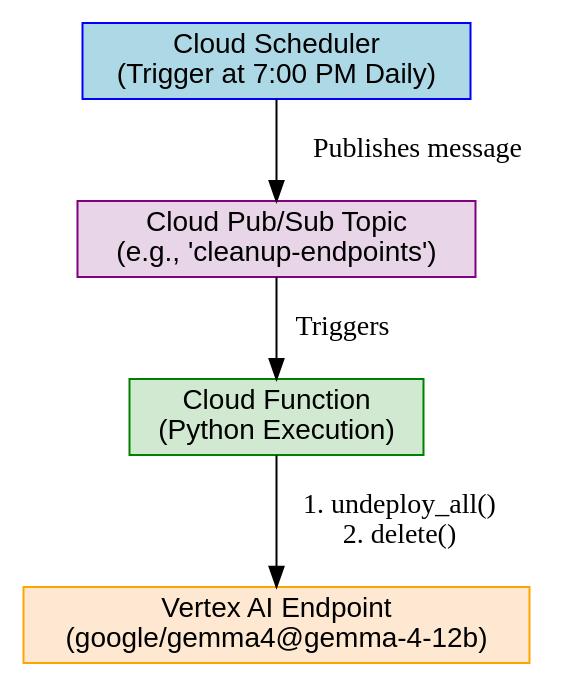
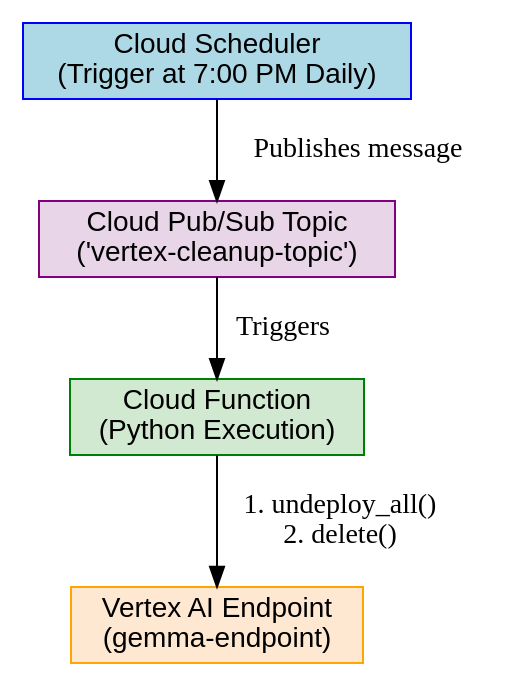
One commit to dandye/open-model-deploy-gcp changed the diagram in docs/vertex_cleanup_strategies.md. Above: the diagram before and after it, drawn with Graphviz. The commit also changed other lines of this file and 2 other files, not shown here.

````diff
--- a/docs/vertex_cleanup_strategies.md
+++ b/docs/vertex_cleanup_strategies.md
@@ -9,15 +11,15 @@
 ```dot
 digraph G {
     rankdir=TB;
     node [shape=box, fontname="Helvetica"];
     
     scheduler [label="Cloud Scheduler\n(Trigger at 7:00 PM Daily)", color="blue", style=filled, fillcolor="lightblue"];
-    pubsub [label="Cloud Pub/Sub Topic\n(e.g., 'cleanup-endpoints')", color="purple", style=filled, fillcolor="#E8D5E8"];
+    pubsub [label="Cloud Pub/Sub Topic\n('vertex-cleanup-topic')", color="purple", style=filled, fillcolor="#E8D5E8"];
     cloudfunction [label="Cloud Function\n(Python Execution)", color="green", style=filled, fillcolor="#D1E8D1"];
-    vertex_endpoint [label="Vertex AI Endpoint\n(google/gemma4@gemma-4-12b)", color="orange", style=filled, fillcolor="#FFE8D1"];
+    vertex_endpoint [label="Vertex AI Endpoint\n(gemma-endpoint)", color="orange", style=filled, fillcolor="#FFE8D1"];
     
     scheduler -> pubsub [label=" Publishes message"];
     pubsub -> cloudfunction [label=" Triggers"];
     cloudfunction -> vertex_endpoint [label=" 1. undeploy_all()\n2. delete()"];
 }
 ```
````
